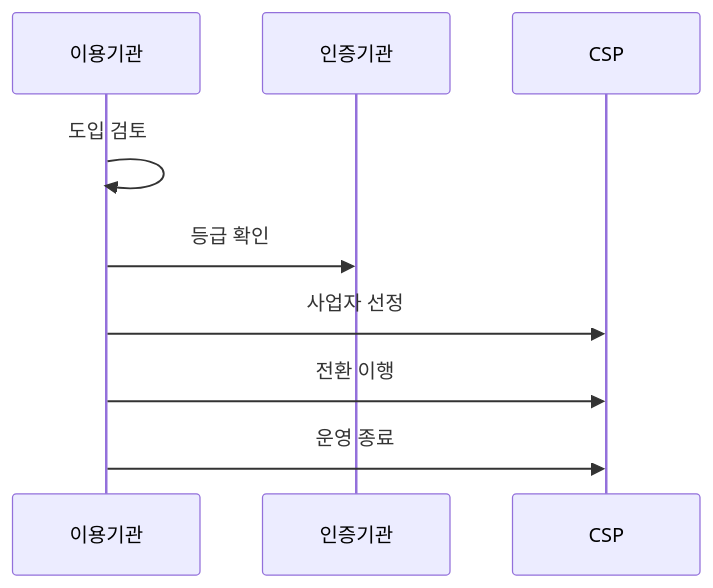
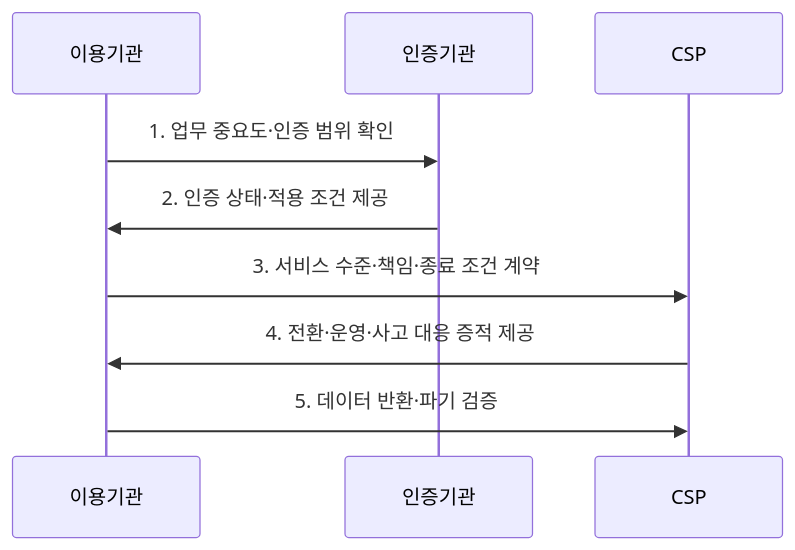
The second of 2 diagrams in src/content/docs/notes/07-law-policy/027_cloud_computing_act.md (agnusdei1207/knowledge-base), drawn with Mermaid before and after one commit. The commit also changed other lines of this file and 9 other files, not shown here.

````diff
--- a/src/content/docs/notes/07-law-policy/027_cloud_computing_act.md
+++ b/src/content/docs/notes/07-law-policy/027_cloud_computing_act.md
@@ -77,11 +79,11 @@
 ```mermaid
 sequenceDiagram
     participant 이용기관
     participant 인증기관
     participant CSP
-    이용기관->>이용기관: 도입 검토
-    이용기관->>인증기관: 등급 확인
-    이용기관->>CSP: 사업자 선정
-    이용기관->>CSP: 전환 이행
-    이용기관->>CSP: 운영 종료
+    이용기관->>인증기관: 1. 업무 중요도·인증 범위 확인
+    인증기관->>이용기관: 2. 인증 상태·적용 조건 제공
+    이용기관->>CSP: 3. 서비스 수준·책임·종료 조건 계약
+    CSP->>이용기관: 4. 전환·운영·사고 대응 증적 제공
+    이용기관->>CSP: 5. 데이터 반환·파기 검증
 ```
````
